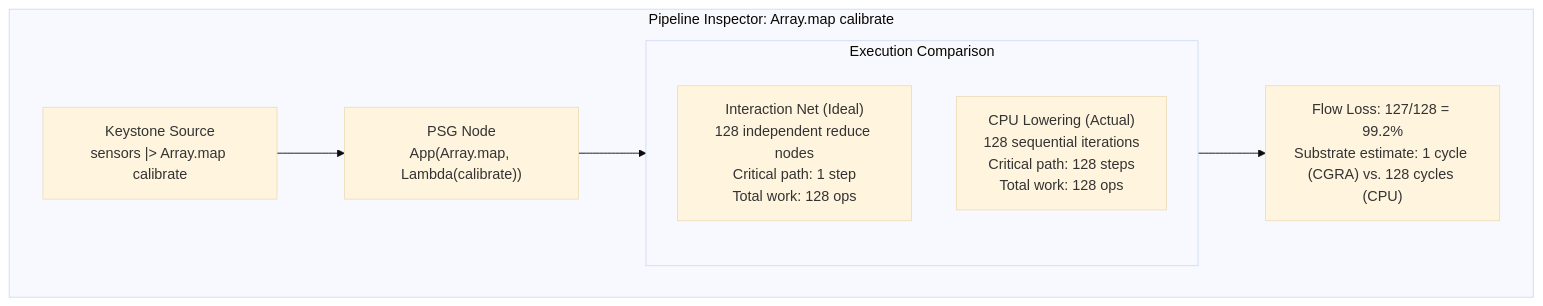
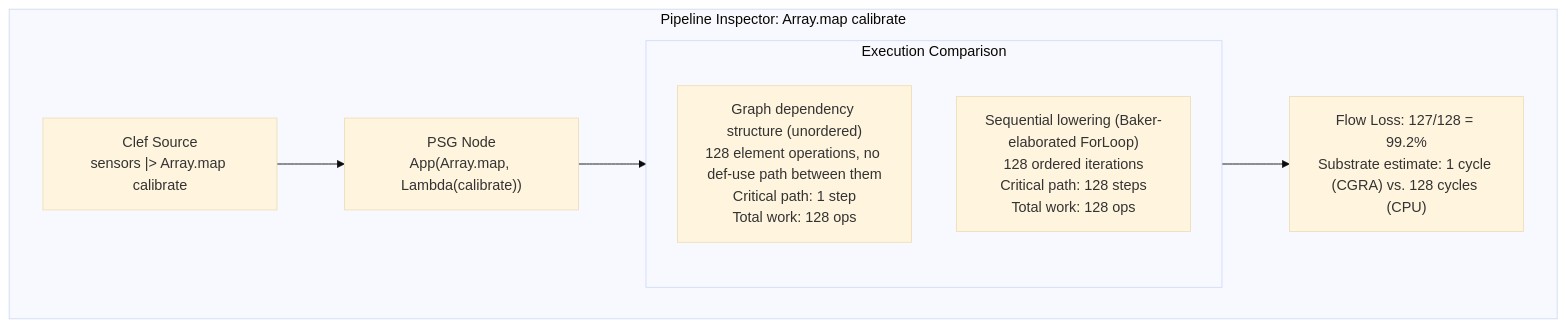
Before and after one commit to FidelityFramework/Atelier: the second of 3 diagrams in docs/09_flow_loss_analysis.md, drawn with Mermaid (base theme). The commit also changed other lines of this file and 23 other files, not shown here.

````diff
--- a/docs/09_flow_loss_analysis.md
+++ b/docs/09_flow_loss_analysis.md
@@ -63,16 +65,16 @@
 ```mermaid
 flowchart TB
     subgraph pipeline["Pipeline Inspector: Array.map calibrate"]
-        source["Keystone Source<br/>sensors |> Array.map calibrate"]
+        source["Clef Source<br/>sensors |> Array.map calibrate"]
         psg["PSG Node<br/>App(Array.map, Lambda(calibrate))"]
 
         subgraph comparison["Execution Comparison"]
-            ideal["Interaction Net (Ideal)<br/>128 independent reduce nodes<br/>Critical path: 1 step<br/>Total work: 128 ops"]
-            actual["CPU Lowering (Actual)<br/>128 sequential iterations<br/>Critical path: 128 steps<br/>Total work: 128 ops"]
+            ideal["Graph dependency structure (unordered)<br/>128 element operations, no def-use path between them<br/>Critical path: 1 step<br/>Total work: 128 ops"]
+            actual["Sequential lowering (Baker-elaborated ForLoop)<br/>128 ordered iterations<br/>Critical path: 128 steps<br/>Total work: 128 ops"]
         end
 
         delta["Flow Loss: 127/128 = 99.2%<br/>Substrate estimate: 1 cycle (CGRA) vs. 128 cycles (CPU)"]
 
         source --> psg --> comparison --> delta
     end
 ```
````
